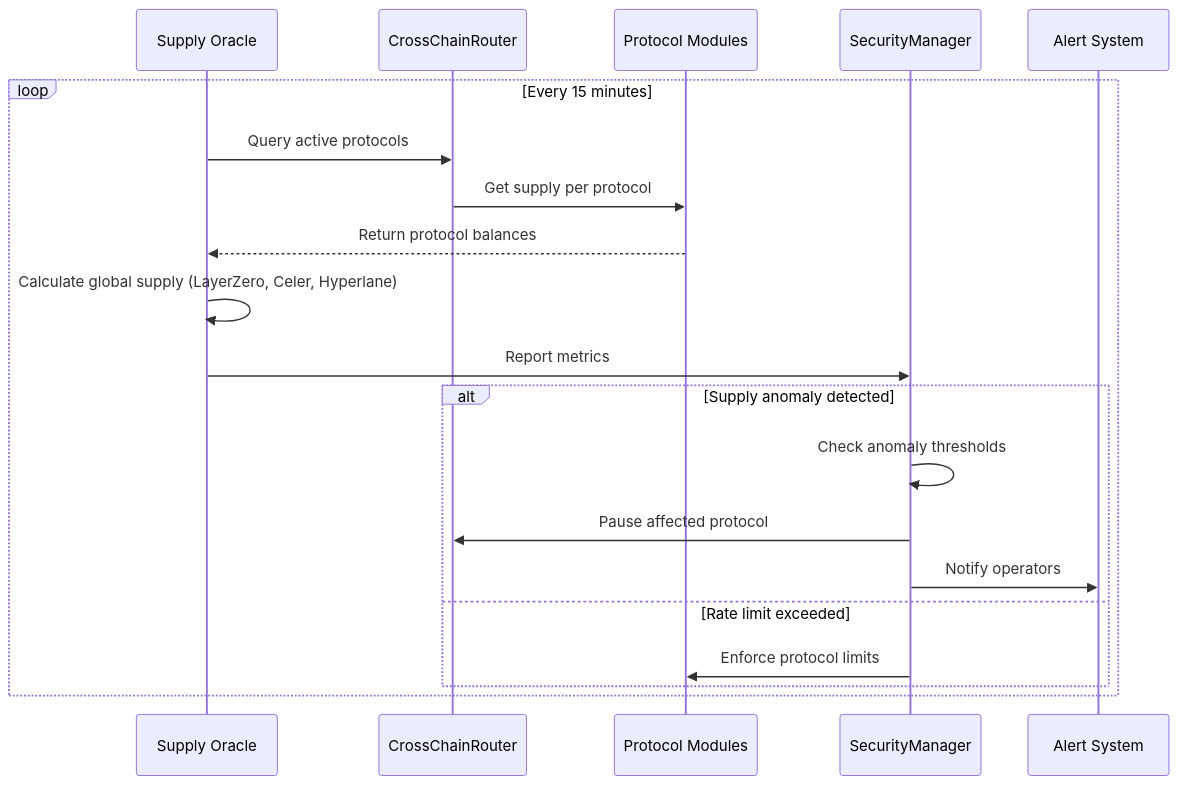
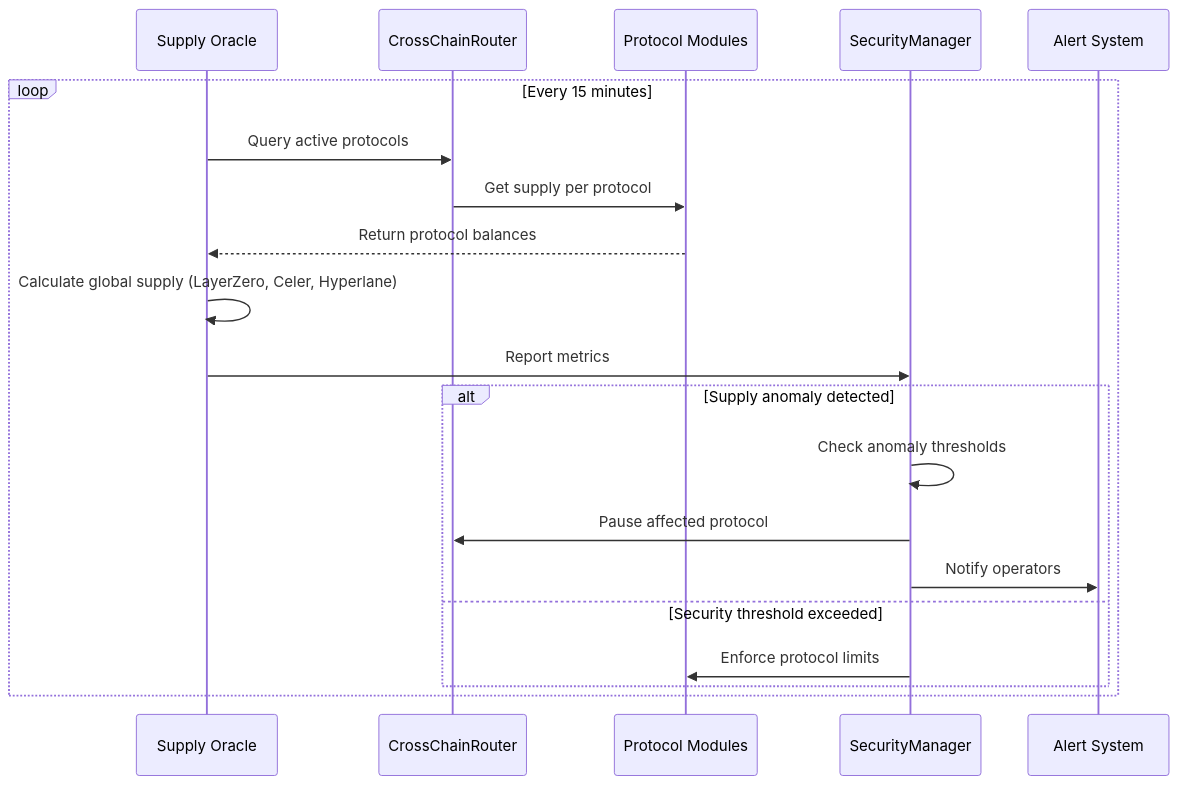
One commit to lookcard-dev/lookcoin-contract changed the seventh of 9 diagrams in docs/TECHNICAL.md. Above: the diagram before and after it, drawn with Mermaid. The commit also changed other lines of this file and 19 other files, not shown here.

First line of the commit message:
Refactors security and rate limiting components

````diff
--- a/docs/TECHNICAL.md
+++ b/docs/TECHNICAL.md
@@ -346,23 +346,23 @@
 ```mermaid
 sequenceDiagram
     participant Oracle as Supply Oracle
     participant Router as CrossChainRouter
     participant Modules as Protocol Modules
     participant SM as SecurityManager
     participant Alert as Alert System
 
     loop Every 15 minutes
         Oracle->>Router: Query active protocols
         Router->>Modules: Get supply per protocol
         Modules-->>Oracle: Return protocol balances
         Oracle->>Oracle: Calculate global supply (LayerZero, Celer, Hyperlane)
         Oracle->>SM: Report metrics
         alt Supply anomaly detected
             SM->>SM: Check anomaly thresholds
             SM->>Router: Pause affected protocol
             SM->>Alert: Notify operators
-        else Rate limit exceeded
+        else Security threshold exceeded
             SM->>Modules: Enforce protocol limits
         end
     end
 ```
````
